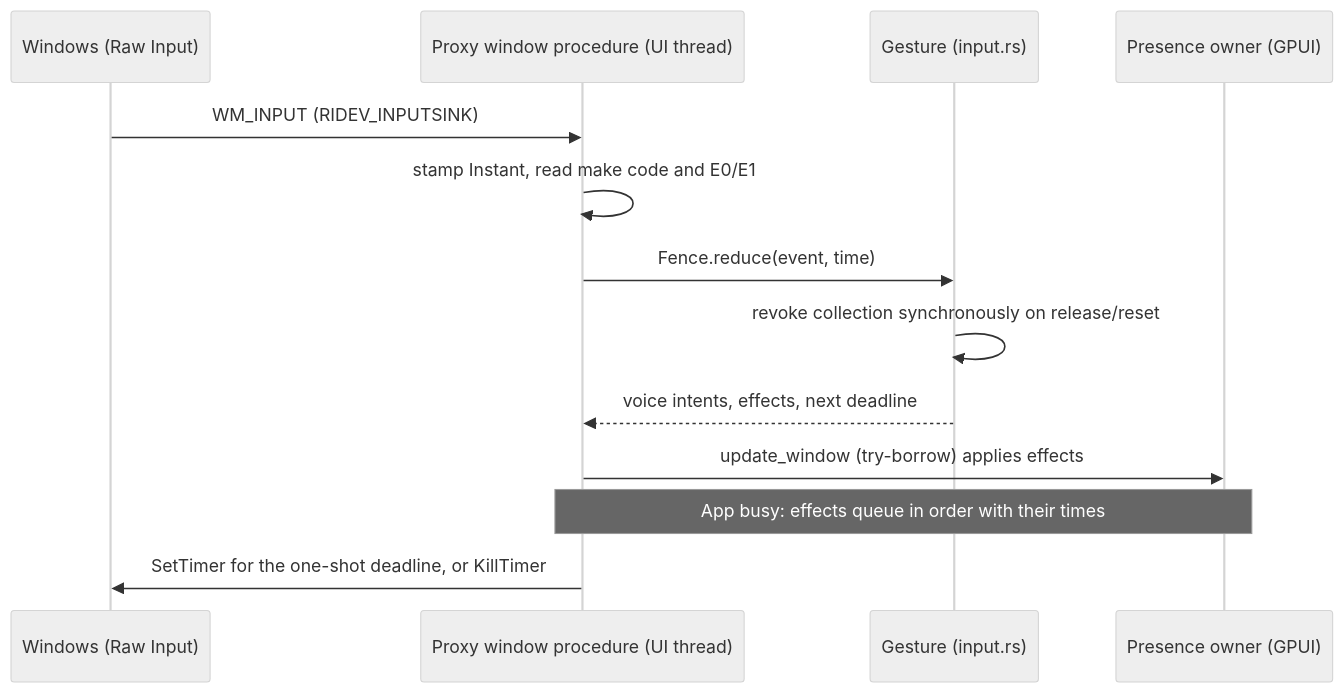
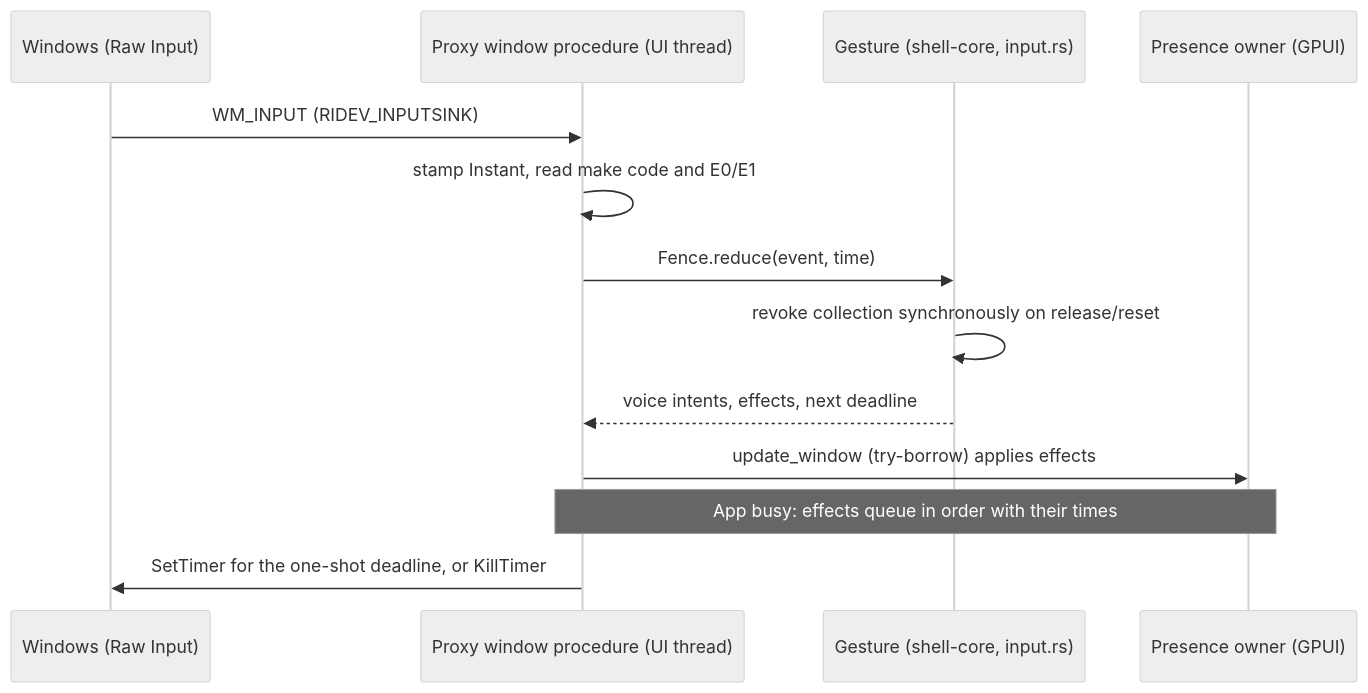
One commit to labcoder/capsula changed the second of 3 diagrams in docs/development/input.md. Above: the diagram before and after it, drawn with Mermaid (neutral theme). The commit also changed 20 other files, not shown here.

Commit message:
refactor(shell-core): move the link, the pipe and the input fence

````diff
--- a/docs/development/input.md
+++ b/docs/development/input.md
@@ -50,15 +50,15 @@
 ```mermaid
 sequenceDiagram
     participant W as Windows (Raw Input)
     participant P as Proxy window procedure (UI thread)
-    participant G as Gesture (input.rs)
+    participant G as Gesture (shell-core, input.rs)
     participant O as Presence owner (GPUI)
     W->>P: WM_INPUT (RIDEV_INPUTSINK)
     P->>P: stamp Instant, read make code and E0/E1
     P->>G: Fence.reduce(event, time)
     G->>G: revoke collection synchronously on release/reset
     G-->>P: voice intents, effects, next deadline
     P->>O: update_window (try-borrow) applies effects
     Note over P,O: App busy: effects queue in order with their times
     P->>W: SetTimer for the one-shot deadline, or KillTimer
 ```
````
